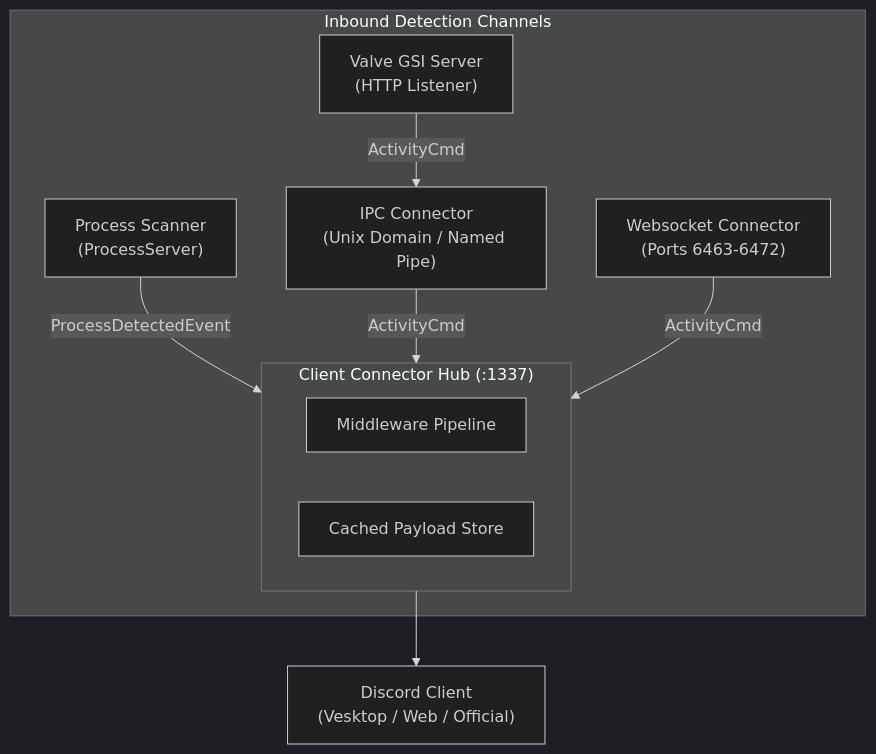
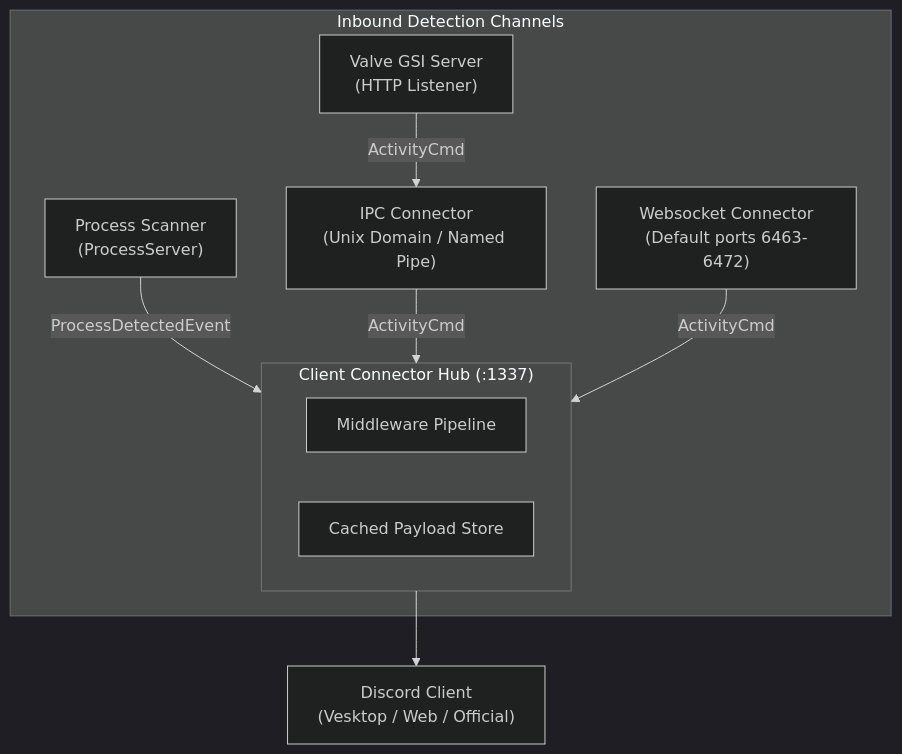
Before and after one commit to Delnegend/rsRPC: the diagram in openwiki/architecture/overview.md, drawn with Mermaid (dark theme). The commit also changed other lines of this file and 5 other files, not shown here.

First line of the commit message:
docs(openwiki): record backported connector changes in architecture and configuration pages

````diff
--- a/openwiki/architecture/overview.md
+++ b/openwiki/architecture/overview.md
@@ -25,14 +31,14 @@
 ```mermaid
 flowchart TD
     subgraph Detection[Inbound Detection Channels]
         PS["Process Scanner\n(ProcessServer)"] -->|ProcessDetectedEvent| Hub
         IPC["IPC Connector\n(Unix Domain / Named Pipe)"] -->|ActivityCmd| Hub
-        WS["Websocket Connector\n(Ports 6463-6472)"] -->|ActivityCmd| Hub
+        WS["Websocket Connector\n(Default ports 6463-6472)"] -->|ActivityCmd| Hub
         GSI["Valve GSI Server\n(HTTP Listener)"] -->|ActivityCmd| IPC
     end
     subgraph Hub["Client Connector Hub (:1337)"]
         MW["Middleware Pipeline"]
         Cache["Cached Payload Store"]
     end
     Hub --> Discord["Discord Client\n(Vesktop / Web / Official)"]
 ```
````
